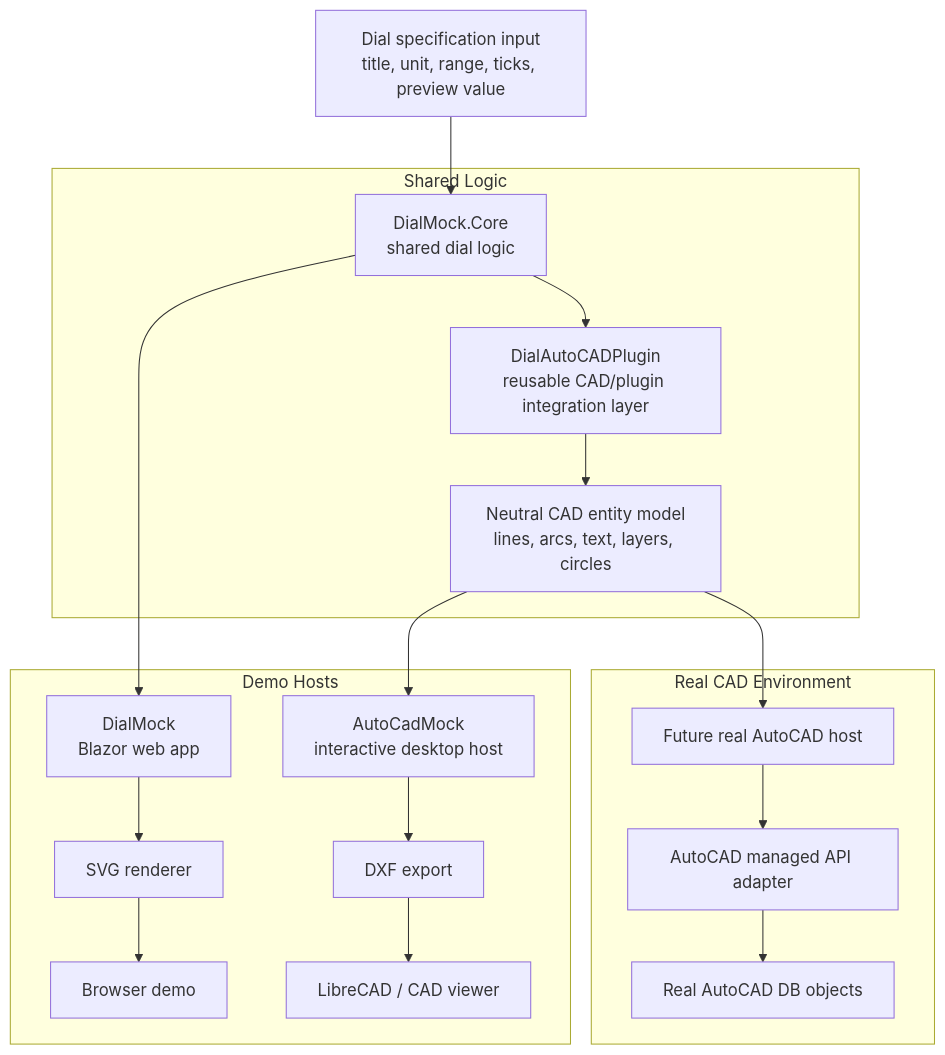
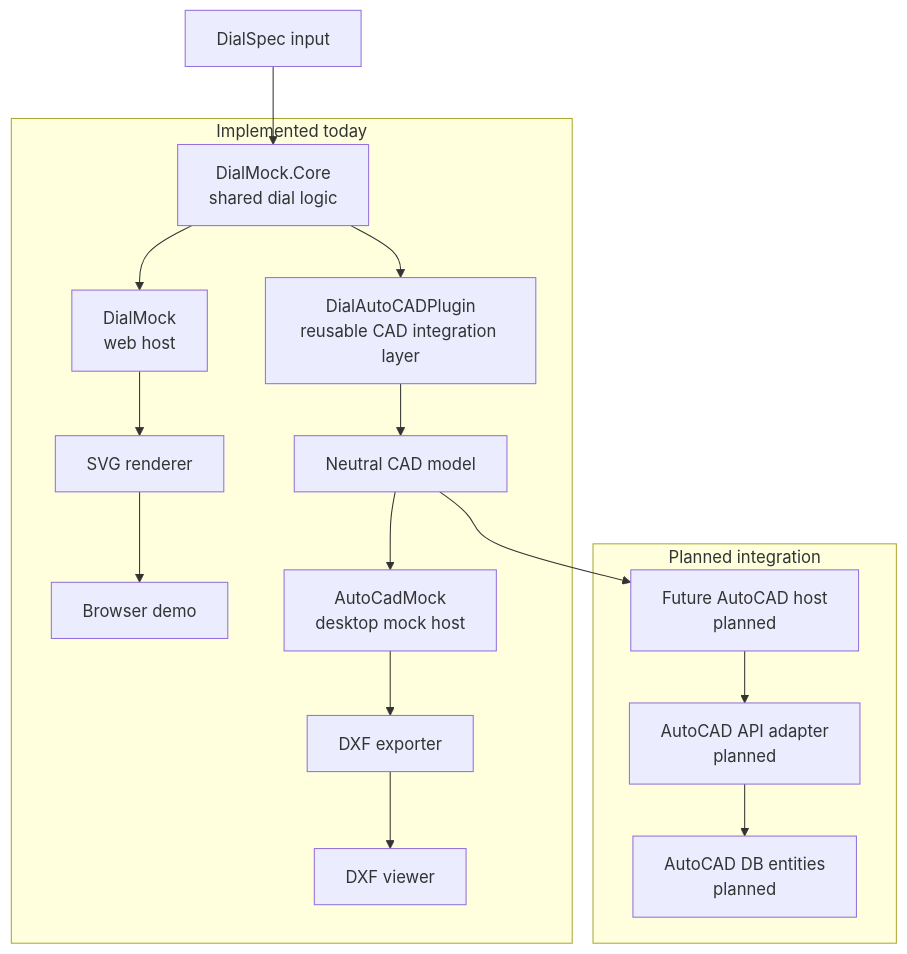
The diagram in README.md (nathabee/csharp), drawn with Mermaid before and after one commit. The commit also changed other lines of this file and 10 other files, not shown here.

Commit message:
Phase 10: multi-host CI and desktop packaging

````diff
--- a/README.md
+++ b/README.md
@@ -140,42 +140,41 @@
 ```mermaid
+
 graph TD
-    A[Dial specification input<br/>title, unit, range, ticks, preview value]
+    A[DialSpec input]
 
     A --> B[DialMock.Core<br/>shared dial logic]
 
-    B --> C[DialMock<br/>Blazor web app]
+    B --> C[DialMock<br/>web host]
     C --> D[SVG renderer]
     D --> E[Browser demo]
 
-    B --> F[DialAutoCADPlugin<br/>reusable CAD/plugin integration layer]
-    F --> G[Neutral CAD entity model<br/>lines, arcs, text, layers, circles]
+    B --> F[DialAutoCADPlugin<br/>reusable CAD integration layer]
+    F --> G[Neutral CAD model]
 
-    G --> H[AutoCadMock<br/>interactive desktop host]
-    H --> I[DXF export]
-    I --> J[LibreCAD / CAD viewer]
+    G --> H[AutoCadMock<br/>desktop mock host]
+    H --> I[DXF exporter]
+    I --> J[DXF viewer]
 
-    G --> K[Future real AutoCAD host]
-    K --> L[AutoCAD managed API adapter]
-    L --> M[Real AutoCAD DB objects]
+    G --> K[Future AutoCAD host<br/>planned]
+    K --> L[AutoCAD API adapter<br/>planned]
+    L --> M[AutoCAD DB entities<br/>planned]
 
-    subgraph Shared Logic
+    subgraph Implemented today
         B
-        F
-        G
-    end
-
-    subgraph Demo Hosts
         C
         D
         E
+        F
+        G
         H
         I
         J
     end
 
-    subgraph Real CAD Environment
+    subgraph Planned integration
         K
         L
         M
     end
+
 ```
````
